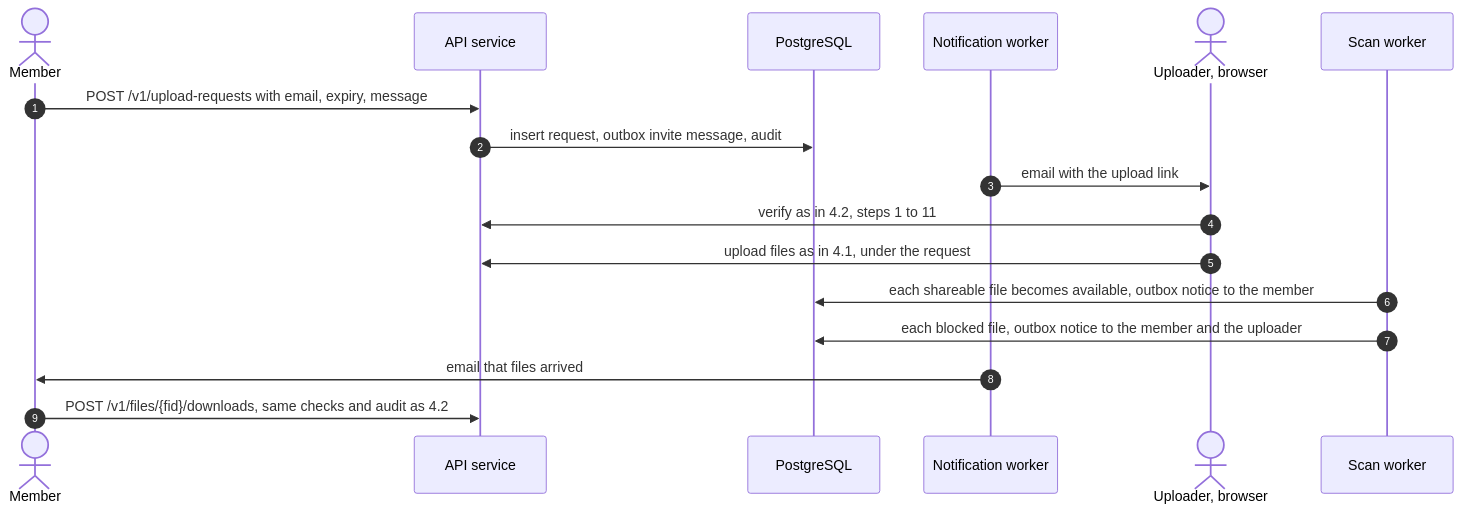
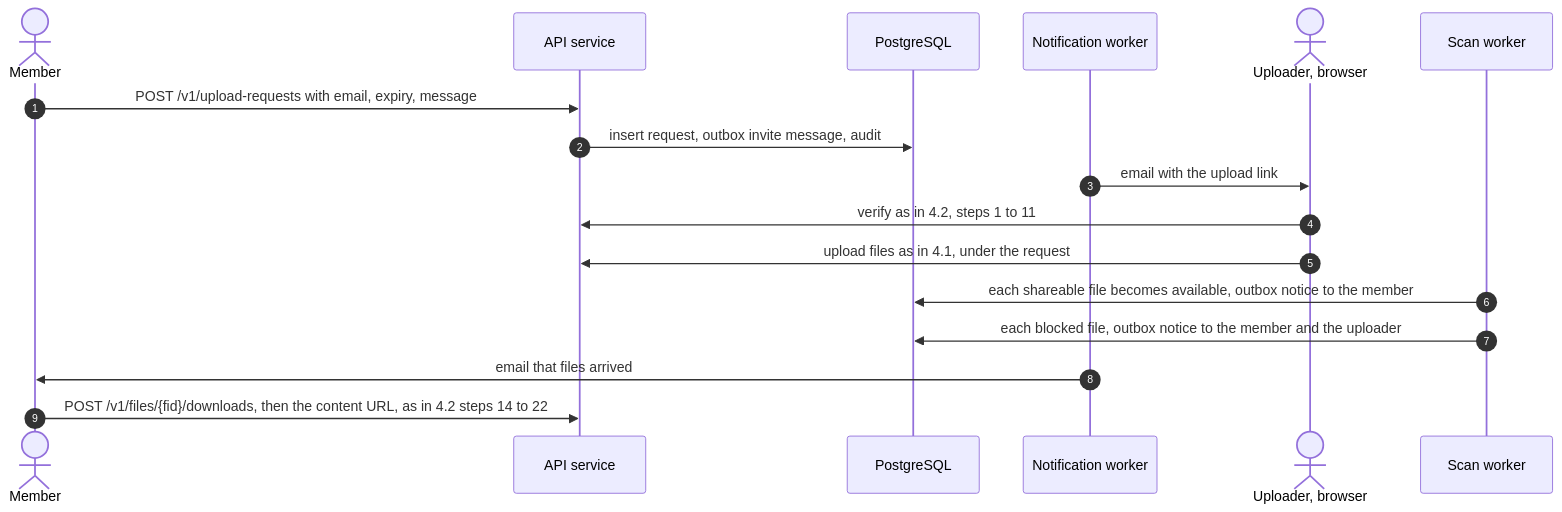
Before and after one commit to codewithmuh/secure-file-transfer: the sixth of 8 diagrams in docs/architecture.md, drawn with Mermaid. The commit also changed other lines of this file and 10 other files, not shown here.

````diff
--- a/docs/architecture.md
+++ b/docs/architecture.md
@@ -287,19 +422,19 @@
 ```mermaid
 sequenceDiagram
     autonumber
     actor M as Member
     participant API as API service
     participant DB as PostgreSQL
     participant NW as Notification worker
     actor U as Uploader, browser
     participant SW as Scan worker
     M->>API: POST /v1/upload-requests with email, expiry, message
     API->>DB: insert request, outbox invite message, audit
     NW->>U: email with the upload link
     U->>API: verify as in 4.2, steps 1 to 11
     U->>API: upload files as in 4.1, under the request
     SW->>DB: each shareable file becomes available, outbox notice to the member
     SW->>DB: each blocked file, outbox notice to the member and the uploader
     NW->>M: email that files arrived
-    M->>API: POST /v1/files/{fid}/downloads, same checks and audit as 4.2
+    M->>API: POST /v1/files/{fid}/downloads, then the content URL, as in 4.2 steps 14 to 22
 ```
````
